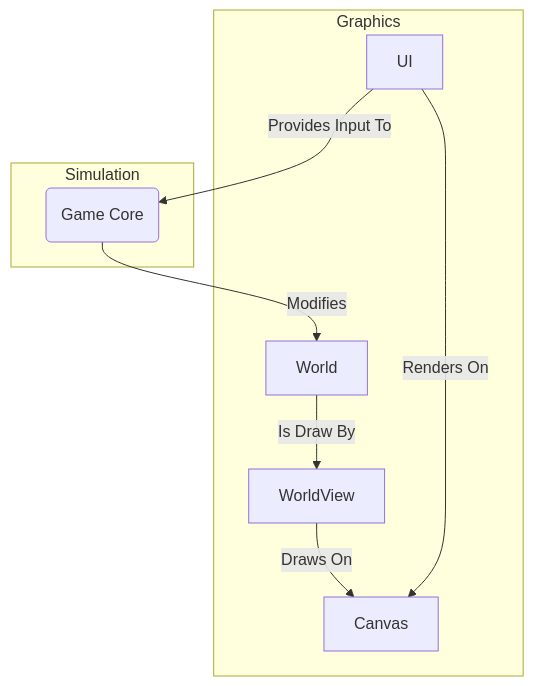
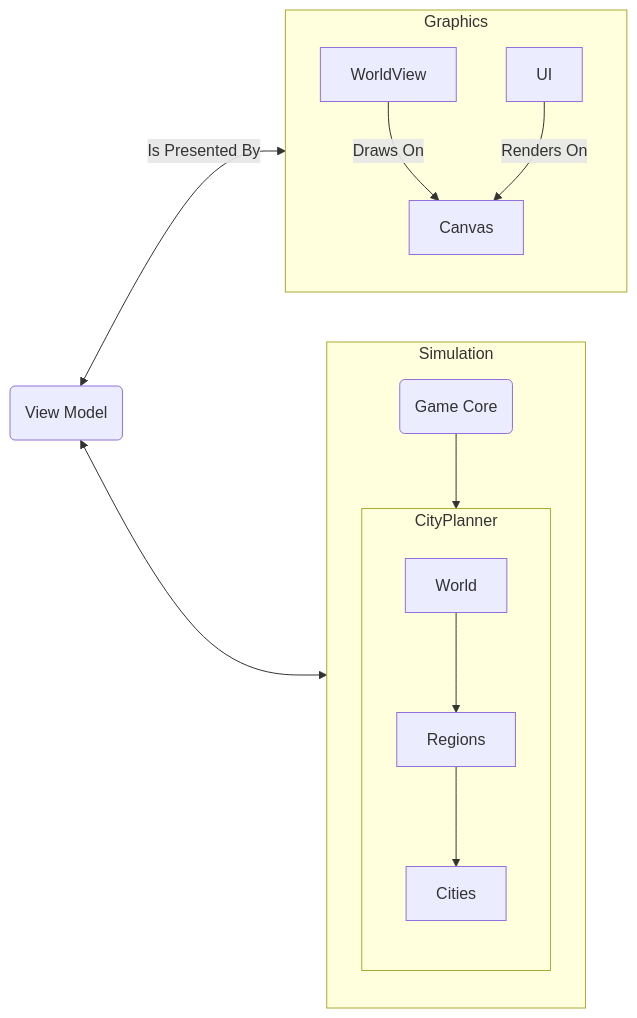
Before and after one commit to nmGit/Trains: the diagram in docs/code/source/architecture/game_overview.rst, drawn with Mermaid. The commit also changed other lines of this file and 36 other files, not shown here.

```diff
--- a/docs/code/source/architecture/game_overview.rst
+++ b/docs/code/source/architecture/game_overview.rst
@@ -8,17 +8,28 @@
 .. mermaid::
 
-    flowchart TD
+    flowchart LR
+
     subgraph Graphics
-        World --"Is Draw By"--> WorldView
+        direction TB
+        
         WorldView --"Draws On"--> Canvas
 
         UI
     end
+    
+    subgraph Simulation
+        direction TB
 
-    subgraph Simulation
-        Core("Game Core")
-        Core --"Modifies"--> World
+        subgraph CityPlanner
+            direction TB
+            World --> Regions
+            Regions --> Cities
+        end
+
+        Core("Game Core") --> CityPlanner
+
     end
 
-    UI --"Provides Input To"--> Core
+    vm("View Model") <--"Is Presented By"--> Graphics
+    vm <--> Simulation
     UI --"Renders On"--> Canvas
```
